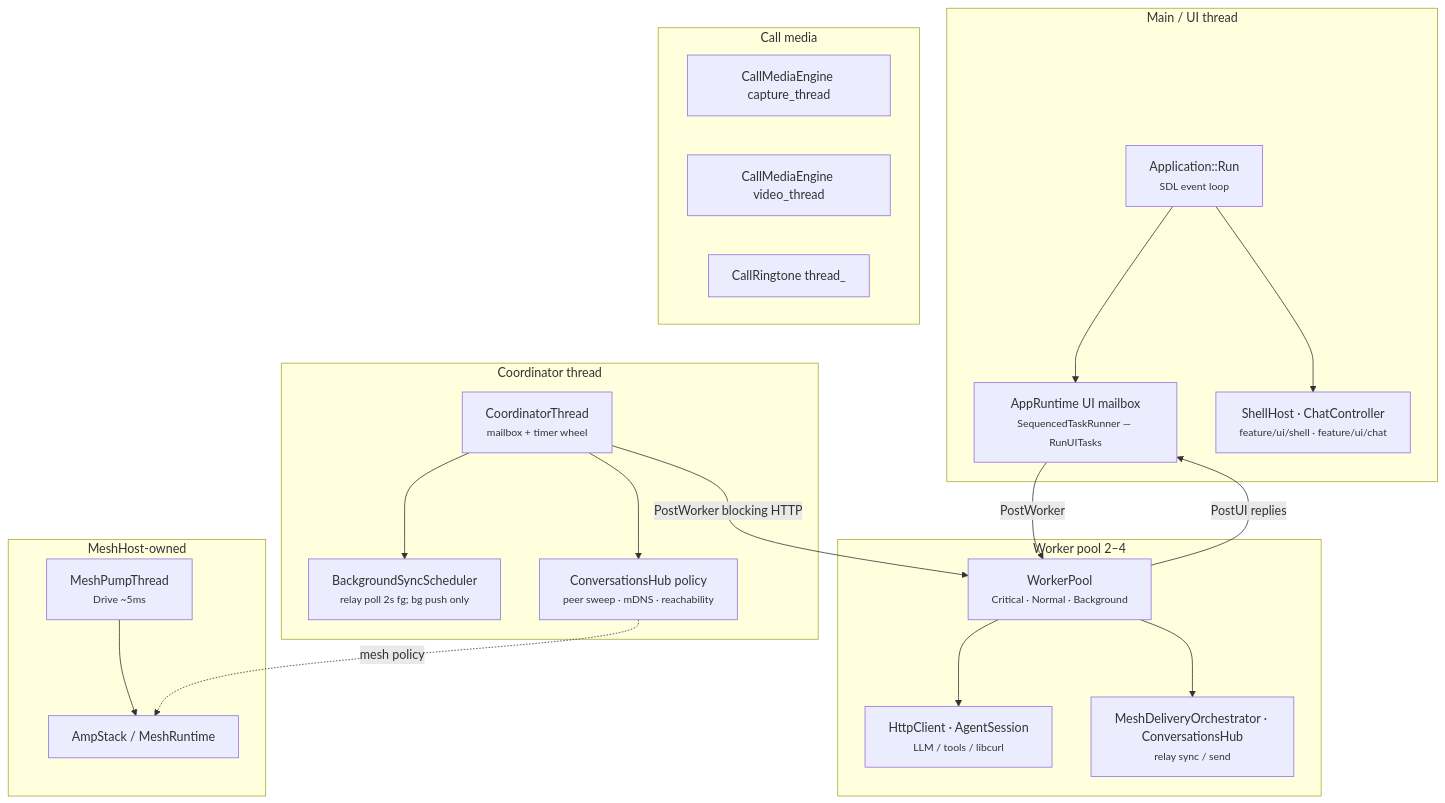
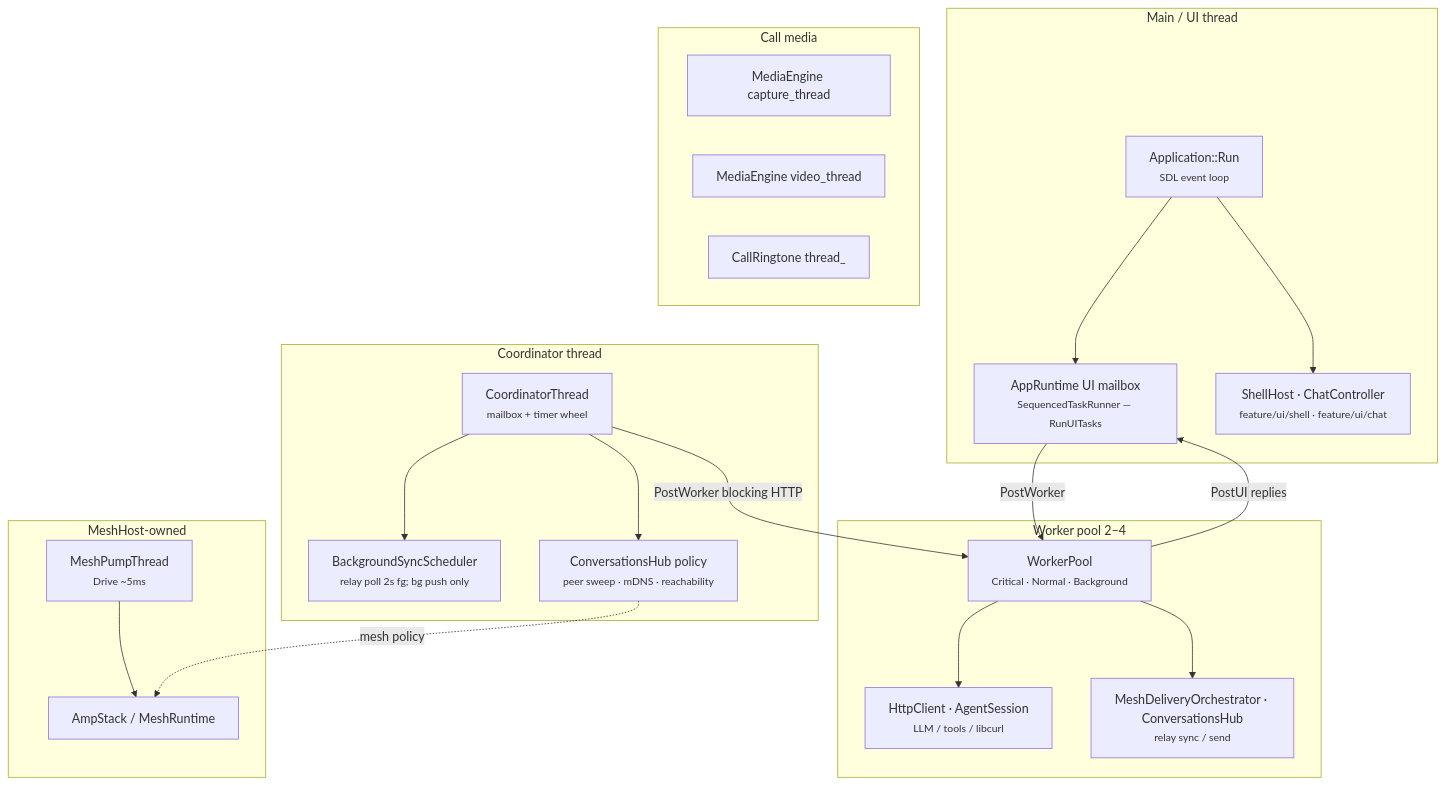
The fourth of 4 diagrams in docs/architecture/RUNTIME_COMPOSITION.md (people-post/pp-browser), drawn with Mermaid before and after one commit. The commit also changed other lines of this file and 229 other files, not shown here.

````diff
--- a/docs/architecture/RUNTIME_COMPOSITION.md
+++ b/docs/architecture/RUNTIME_COMPOSITION.md
@@ -235,43 +235,43 @@
 ```mermaid
 flowchart TB
   subgraph main["Main / UI thread"]
     SDL["Application::Run<br/><small>SDL event loop</small>"]
     UIQ["AppRuntime UI mailbox<br/><small>SequencedTaskRunner — RunUITasks</small>"]
     ShellTick["ShellHost · ChatController<br/><small>feature/ui/shell · feature/ui/chat</small>"]
     SDL --> UIQ
     SDL --> ShellTick
   end
 
   subgraph coord["Coordinator thread"]
     Coord["CoordinatorThread<br/><small>mailbox + timer wheel</small>"]
     RelayPoll["BackgroundSyncScheduler<br/><small>relay poll 2s fg; bg push only</small>"]
     HubPolicy["ConversationsHub policy<br/><small>peer sweep · mDNS · reachability</small>"]
     Coord --> RelayPoll
     Coord --> HubPolicy
   end
 
   subgraph pool["Worker pool 2–4"]
     Pool["WorkerPool<br/><small>Critical · Normal · Background</small>"]
     Http["HttpClient · AgentSession<br/><small>LLM / tools / libcurl</small>"]
     P2pWork["MeshDeliveryOrchestrator · ConversationsHub<br/><small>relay sync / send</small>"]
     Pool --> Http
     Pool --> P2pWork
   end
 
   subgraph mesh_host["MeshHost-owned"]
     Pump["MeshPumpThread<br/><small>Drive ~5ms</small>"]
     Amp["AmpStack / MeshRuntime"]
     Pump --> Amp
   end
 
   subgraph media_stack["Call media"]
-    Cap["CallMediaEngine capture_thread"]
-    Vid["CallMediaEngine video_thread"]
+    Cap["MediaEngine capture_thread"]
+    Vid["MediaEngine video_thread"]
     Ring["CallRingtone thread_"]
   end
 
   UIQ -->|"PostWorker"| Pool
   Pool -->|"PostUI replies"| UIQ
   Coord -->|"PostWorker blocking HTTP"| Pool
   HubPolicy -.->|"mesh policy"| Amp
 ```
````
